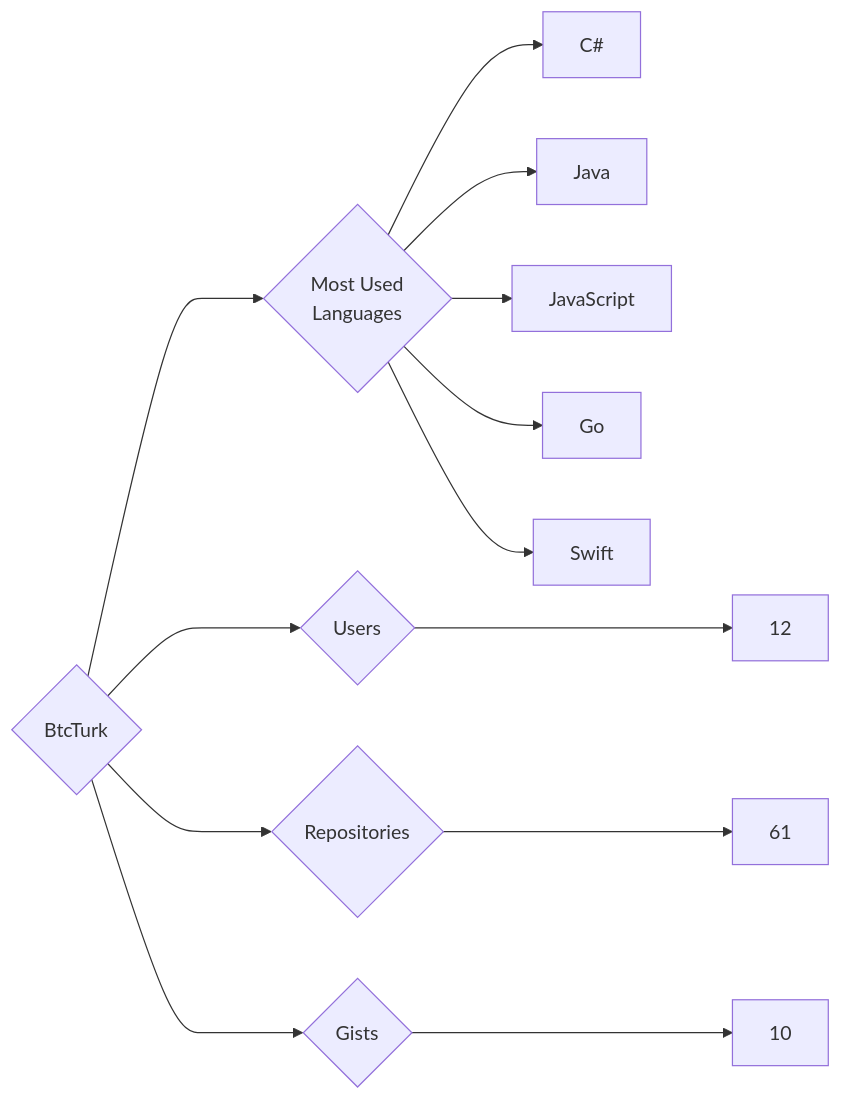
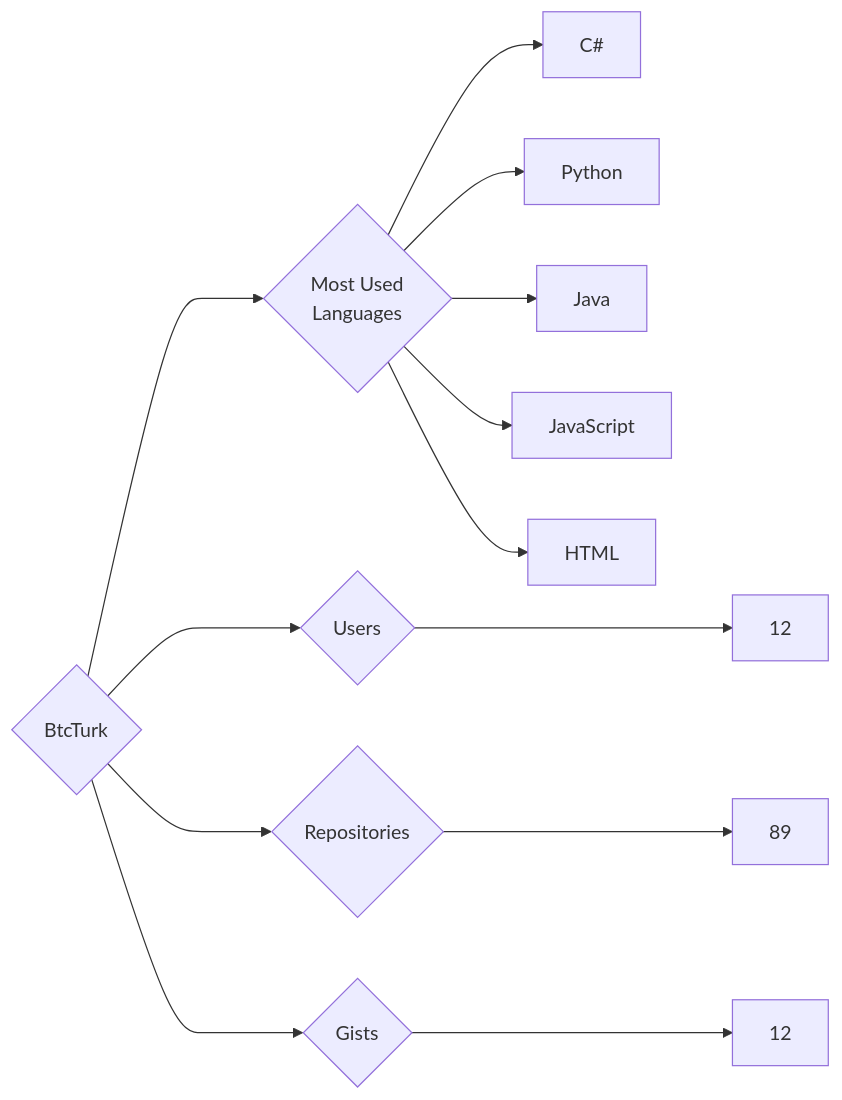
One commit to trickest/insiders changed the diagram in targets/BtcTurk/README.md. Above: the diagram before and after it, drawn with Mermaid. The commit also changed 872 other files, not shown here.

````diff
--- a/targets/BtcTurk/README.md
+++ b/targets/BtcTurk/README.md
@@ -3,13 +3,13 @@
 ```mermaid
 graph LR
 COMPANY_NAME{BtcTurk}
 COMPANY_NAME ---> U{Users} ---> UN[12]
-COMPANY_NAME ---> R{Repositories} ---> RN[61]
-COMPANY_NAME ---> G{Gists} ---> GN[10]
+COMPANY_NAME ---> R{Repositories} ---> RN[89]
+COMPANY_NAME ---> G{Gists} ---> GN[12]
 COMPANY_NAME ---> ML{Most Used<br>Languages}
 ML --> C#[C#]
+ML --> Python[Python]
 ML --> Java[Java]
 ML --> JavaScript[JavaScript]
-ML --> Go[Go]
-ML --> Swift[Swift]
+ML --> HTML[HTML]
 ```
````
